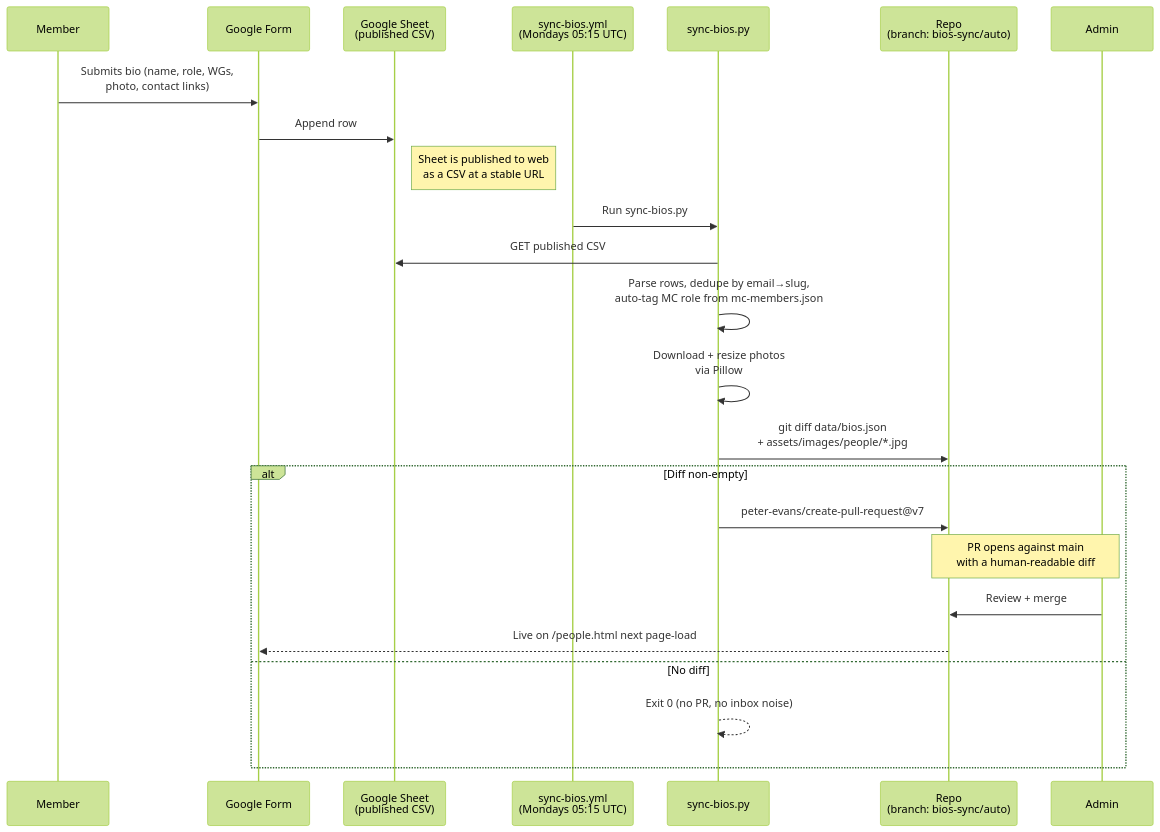
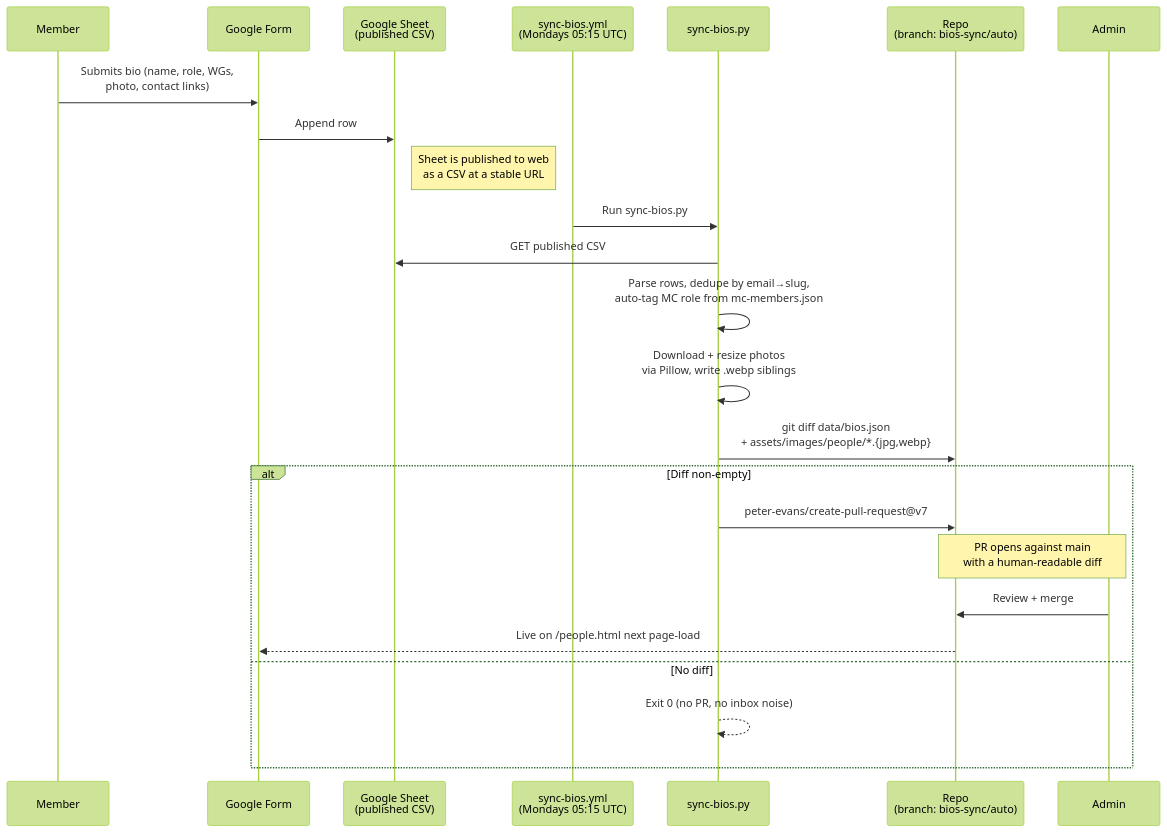
One commit to EISSeuropa/netsec.github.io changed the third of 5 diagrams in docs/architecture.md. Above: the diagram before and after it, drawn with Mermaid (forest theme). The commit also changed other lines of this file and 68 other files, not shown here.

````diff
--- a/docs/architecture.md
+++ b/docs/architecture.md
@@ -185,27 +185,27 @@
 ```mermaid
 sequenceDiagram
     participant M as Member
     participant F as Google Form
     participant S as Google Sheet<br/>(published CSV)
     participant W as sync-bios.yml<br/>(Mondays 05:15 UTC)
     participant P as sync-bios.py
     participant R as Repo<br/>(branch: bios-sync/auto)
     participant A as Admin
 
     M->>F: Submits bio (name, role, WGs,<br/>photo, contact links)
     F->>S: Append row
     Note right of S: Sheet is published to web<br/>as a CSV at a stable URL
     W->>P: Run sync-bios.py
     P->>S: GET published CSV
     P->>P: Parse rows, dedupe by email→slug,<br/>auto-tag MC role from mc-members.json
-    P->>P: Download + resize photos<br/>via Pillow
-    P->>R: git diff data/bios.json<br/>+ assets/images/people/*.jpg
+    P->>P: Download + resize photos<br/>via Pillow, write .webp siblings
+    P->>R: git diff data/bios.json<br/>+ assets/images/people/*.{jpg,webp}
     alt Diff non-empty
         P->>R: peter-evans/create-pull-request@v7
         Note over R,A: PR opens against main<br/>with a human-readable diff
         A->>R: Review + merge
         R-->>F: Live on /people.html next page-load
     else No diff
         P-->>P: Exit 0 (no PR, no inbox noise)
     end
 ```
````
